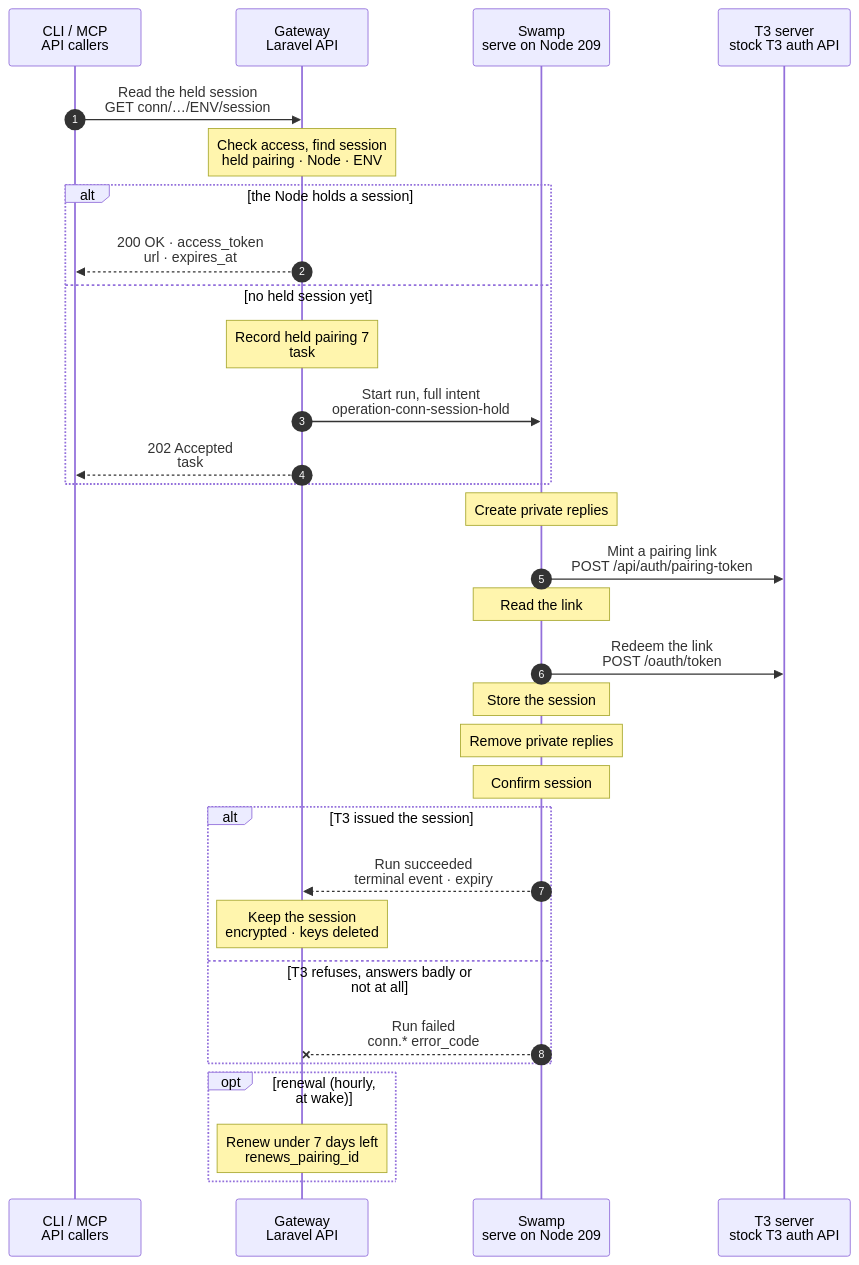
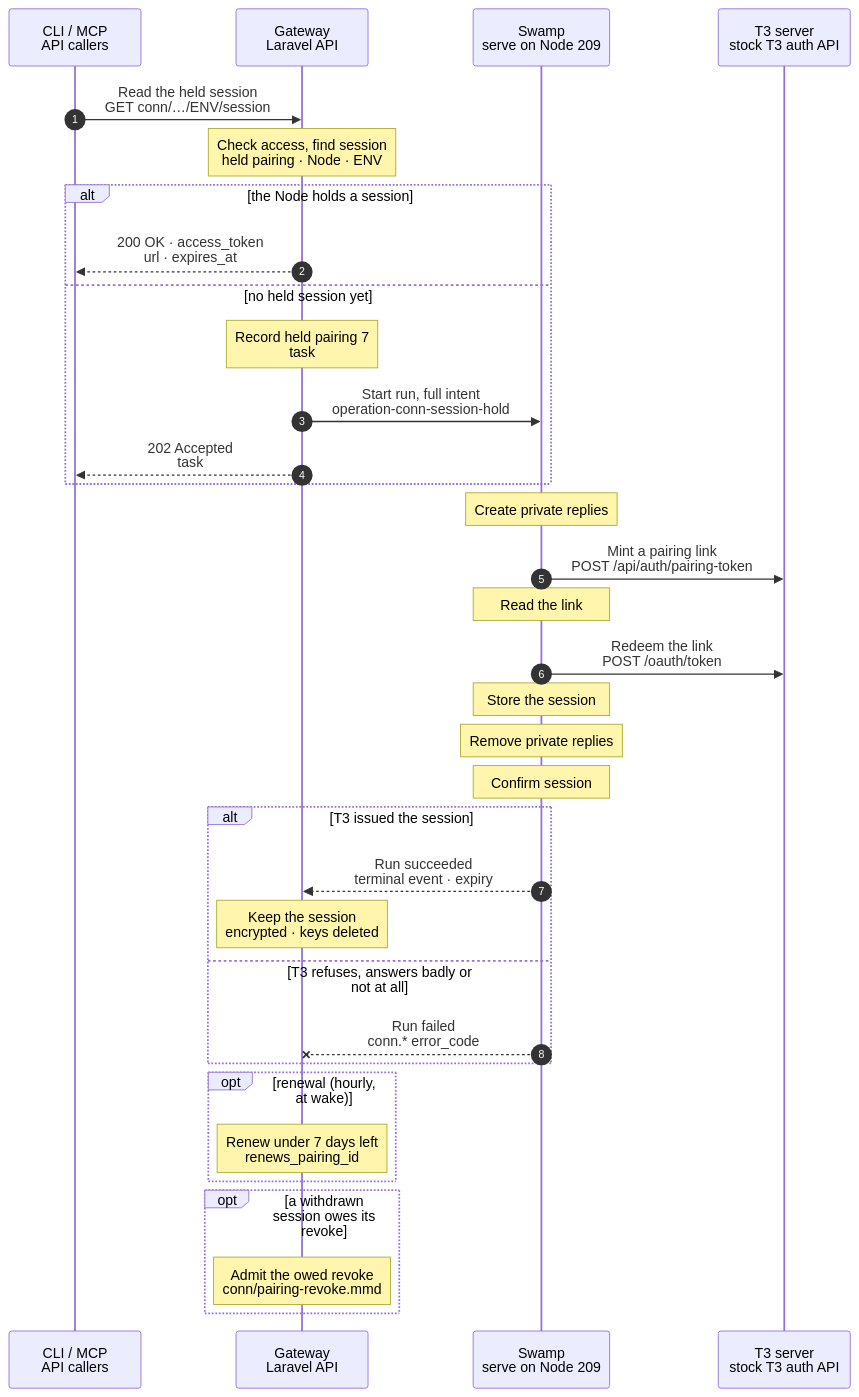
Before and after one commit to hardimpactdev/orbit: the diagram in docs/cli/conn/session-hold.mmd, drawn with Mermaid. The commit also changed 10 other files, not shown here.

Commit message:
Conn: admit failed and lost owed revokes and cleanups from a five-minute reconcile, and revoke withdrawn sessions of unknown end

```diff
--- a/docs/cli/conn/session-hold.mmd
+++ b/docs/cli/conn/session-hold.mmd
@@ -1,104 +1,113 @@
 sequenceDiagram
   %% Target design: Conn plan O4 (Nick, 2026-11-14): Orbit pairs with a container T3 server on demand, holds the session, renews it, and hands it to the Node; the Node talks to the server directly. DECISIONS R1-R4. docs/reference/conn.md#held-sessions.
   %% status: draft
   %% command: none · API (conn-environment-session)
   %% kind: conn.session_hold
   autonumber
   %% lane CLI icon=terminal pill=caller tone=gray
   %% lane GW icon=gateway pill=intent tone=blue
   %% lane SW icon=workflow pill=executes tone=green
   %% lane T3 icon=server pill=target tone=purple
   participant CLI as CLI / MCP<br/>API callers
   participant GW as Gateway<br/>Laravel API
   participant SW as Swamp<br/>serve on Node 209
   participant T3 as T3 server<br/>stock T3 auth API
   CLI->>GW: Read the held session<br/>GET conn/…/ENV/session
   %%> Command:
   %%> - `GET /api/v1/conn/environments/ENV/session`
   %%> - syntax: the MCP tool `conn-environment-session` with `environment`
   %%> Input:
   %%> - the container Instance's T3 server; the calling Node is whose session it is
   %%> Not included:
   %%> - there is no `orbit` command; no pairing step on the device
   Note over GW: Check access, find session<br/>held pairing · Node · ENV
   %%> Requirements:
   %%> - the `conn` extension is on; the caller is an active Node
   %%> - the caller has an access grant to the Node that serves ENV, else `node_access.required`
   %%> Result:
   %%> - a held session of the calling Node that has not ended answers at once (step 4); nothing else runs
   alt the Node holds a session
     GW-->>CLI: 200 OK · access_token<br/>url · expires_at
     %%> Returns:
     %%> - `environment_id`, `url`, `pairing_id`, `token_type: Bearer`, `access_token`, `expires_at`; `Cache-Control: no-store`
     %%> Next:
     %%> - the caller connects to `url` directly with the token as its bearer; the Gateway is not in that path
     %%> Why no task:
     %%> - a read of recorded state starts no run (R1); it takes about 0.1 s
   else no held session yet
     Note over GW: Record held pairing 7<br/>task #5172 · session to vault
     %%> Requirements:
     %%> - ENV is a container Instance's server, else `conn.environment_not_instance`; not removing; not asleep, else `conn.environment_asleep`
     %%> - the Gateway's admin session on ENV has not ended, else `conn.session_expired`
     %%> What it does:
     %%> - takes ENV's row lock: an open hold of the same Node answers instead, so concurrent first reads start one task
     %%> - ignores `Idempotency-Key`: a repeated read answers the current state, never a replay
     %%> - records held pairing 7 with a unique label, such as `phone via Orbit k3j9x0qa`
     %%> - pushes the admin session to the Swamp vault after commit (R3)
     %%> Pre-mint:
     %%> - the same admission runs without a read when the switch `ORBIT_CONN_HELD_SESSION_PREMINT` is on (off by default) and the Gateway records a container server at the end of instance:create or instance:migrate: once for each Node of the creating Node's profile that reaches ENV
     GW->>SW: Start run, full intent<br/>operation-conn-session-hold
     %%> Inputs:
     %%> - the server URL, the label, T3's administrative scopes, and the vault key name; never a session
     GW-->>CLI: 202 Accepted<br/>task #5172
     %%> Next:
     %%> - the caller follows `GET /api/v1/conn/operations/5172` and reads the session again after success
   end
   Note over SW: Create private replies
   %%> How:
   %%> - mktemp creates a private directory for both T3 replies
   SW->>T3: Mint a pairing link<br/>POST /api/auth/pairing-token
   %%> How:
   %%> - one bounded curl from 209 with the admin session from `vault.get`, the label and the scopes
   Note over SW: Read the link
   %%> What it does:
   %%> - a typed data method reads T3's pairing result; the echoed label must match
   %%> - stores the one-time link as a native sensitive field; only its key name is public
   SW->>T3: Redeem the link<br/>POST /oauth/token
   %%> How:
   %%> - T3's normal pairing endpoint, as a device uses it: OAuth token exchange of the link, no DPoP proof
   %%> - curl reads the link from `vault.get` into a variable, never into argv
   %%> Why the Gateway can hand it on:
   %%> - T3 issues a plain bearer session; it checks only signature, end and revocation, not the client
   Note over SW: Store the session
   %%> What it does:
   %%> - reads T3's access-token result: a `Bearer` token, its scopes and `expires_in`
   %%> - stores the session as a native sensitive field and reports only public metadata
   Note over SW: Remove private replies
   %%> How:
   %%> - declared completed or skipped dependencies clean up after failure too
   Note over SW: Confirm session
   %%> Check:
   %%> - the native assert requires a stored session and successful cleanup
   alt T3 issued the session
     SW-->>GW: Run succeeded<br/>terminal event · expiry
     Note over GW: Keep the session<br/>encrypted · keys deleted
     %%> What it does:
     %%> - reads the session key once, stores it encrypted on pairing 7, deletes the run's vault keys
     %%> - a revoke that named pairing 7 while it ran wins, whether it ended first or not: pairing 7 is withdrawn, never served, and revoked again by id
     %%> Result:
     %%> - task #5172 succeeds; its result holds only the pairing, link id and expiry
   else T3 refuses, answers badly or not at all
     SW--xGW: Run failed<br/>conn.* error_code
     %%> The Gateway reads:
     %%> - `conn.session_rejected`, `conn.request_refused`, `conn.response_invalid` or `conn.redeem_refused`: T3 answered, no session exists, the pairing is settled
     %%> - anything else is `conn.session_outcome_unknown`: the pairing is withdrawn and revoked by its label
+    %%> - the revoke is owed in the pairing row; a session of unknown end owes it until a revoke covers it, however old
     %%> Retry:
     %%> - the next read starts a new task with a new label
   end
   opt renewal (hourly, at wake)
     Note over GW: Renew under 7 days left<br/>renews_pairing_id
     %%> When:
     %%> - each held session that ends within seven days; also on Instances no device uses; a wake renews a sleeping Instance's
     %%> What it does:
     %%> - the same run makes the new session; on success the old one is withdrawn and revoked by its pairing id
   end
+  opt a withdrawn session owes its revoke
+    Note over GW: Admit the owed revoke<br/>conn/pairing-revoke.mmd
+    %%> Who starts it:
+    %%> - the end of the hold, revoke or cleanup that held the server, and the Instance's wake
+    %%> - the five-minute `conn:owed-work:advance` tick, for a revoke that failed at least 15 minutes ago or whose admission a crash lost; never the hourly renewal
+    %%> Not included:
+    %%> - a sleeping or removing Instance starts nothing until its wake
+  end
```
